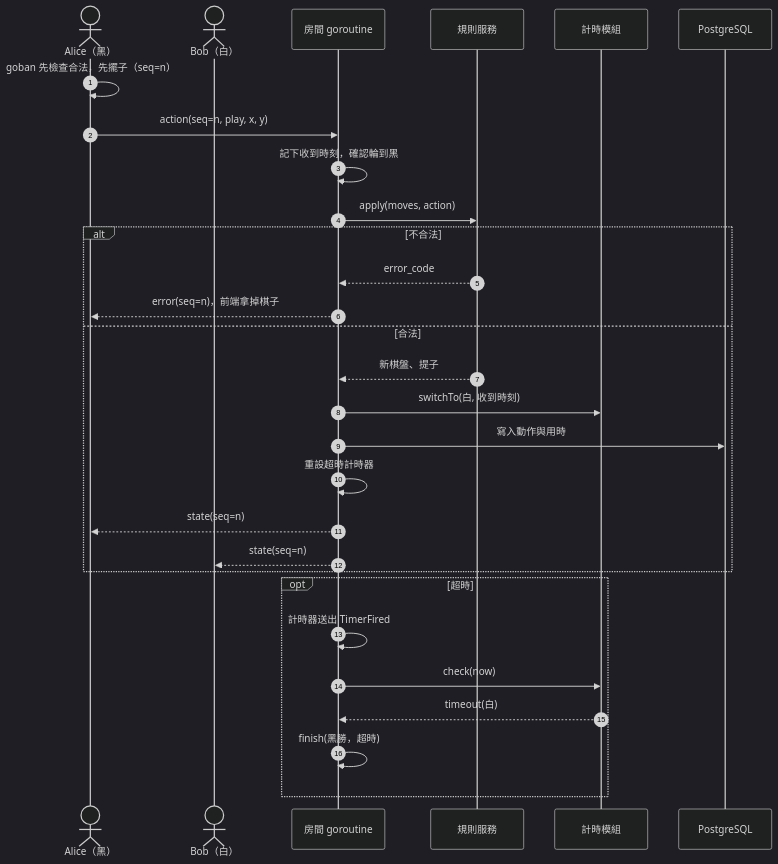
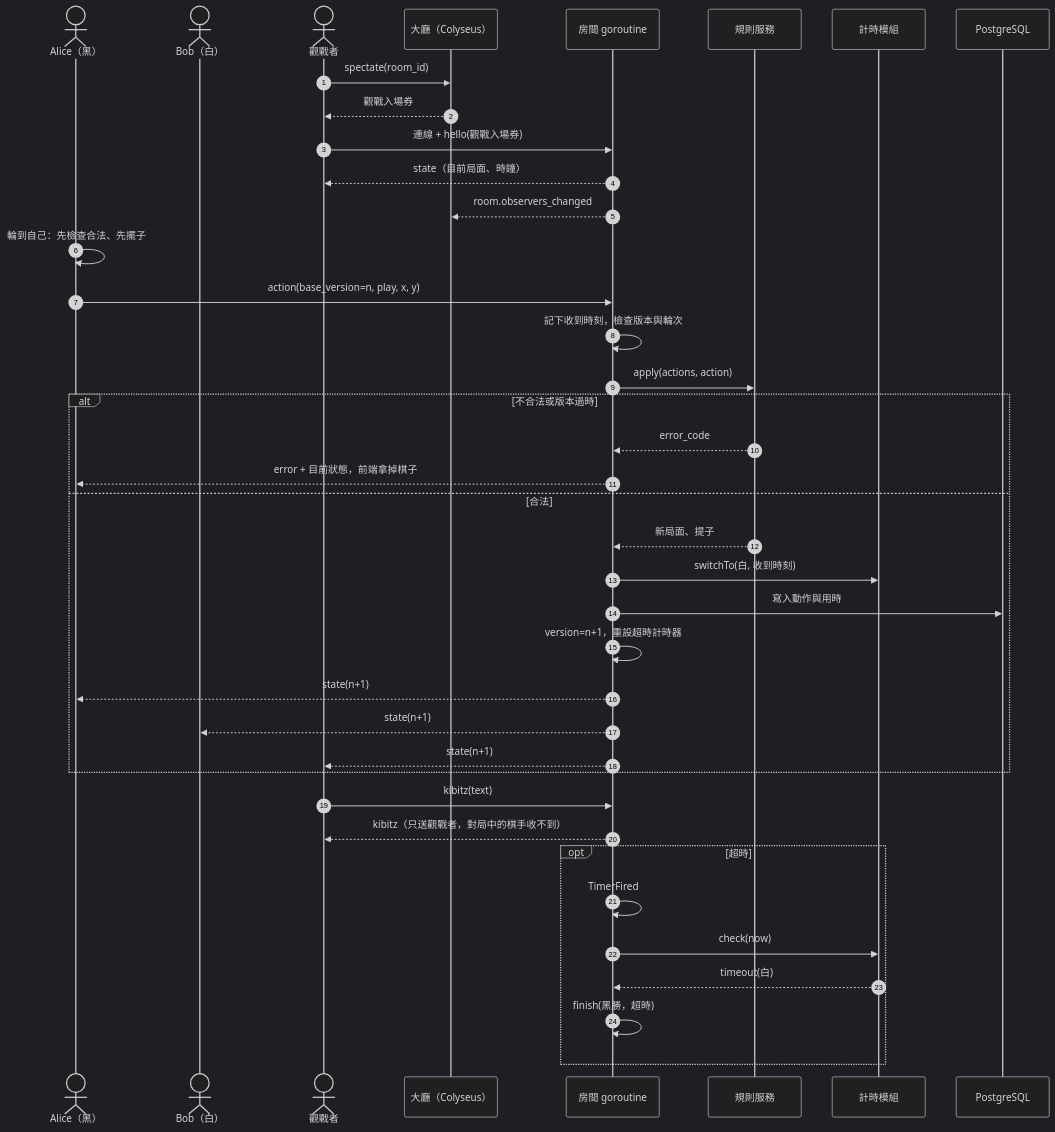
Before and after one commit to yshsu0918/yi-arena: the fourth of 5 diagrams in docs/arch2.md, drawn with Mermaid (dark theme). The commit also changed other lines of this file, not shown here.

First line of the commit message:
arch2: add spectating, open rooms, server versioning, full action log for rules service, attendance timeout, tickets and reconnect tokens

````diff
--- a/docs/arch2.md
+++ b/docs/arch2.md
@@ -190,33 +272,45 @@
 ```mermaid
 sequenceDiagram
   autonumber
   actor A as Alice（黑）
   actor B as Bob（白）
+  actor O as 觀戰者
+  participant L as 大廳（Colyseus）
   participant R as 房間 goroutine
   participant S as 規則服務
   participant C as 計時模組
   participant DB as PostgreSQL
 
-  A->>A: goban 先檢查合法，先擺子（seq=n）
-  A->>R: action(seq=n, play, x, y)
-  R->>R: 記下收到時刻，確認輪到黑
-  R->>S: apply(moves, action)
-  alt 不合法
+  O->>L: spectate(room_id)
+  L-->>O: 觀戰入場券
+  O->>R: 連線 + hello(觀戰入場券)
+  R-->>O: state（目前局面、時鐘）
+  R-->>L: room.observers_changed
+
+  A->>A: 輪到自己：先檢查合法、先擺子
+  A->>R: action(base_version=n, play, x, y)
+  R->>R: 記下收到時刻，檢查版本與輪次
+  R->>S: apply(actions, action)
+  alt 不合法或版本過時
     S-->>R: error_code
-    R-->>A: error(seq=n)，前端拿掉棋子
+    R-->>A: error + 目前狀態，前端拿掉棋子
   else 合法
-    S-->>R: 新棋盤、提子
+    S-->>R: 新局面、提子
     R->>C: switchTo(白, 收到時刻)
     R->>DB: 寫入動作與用時
-    R->>R: 重設超時計時器
-    R-->>A: state(seq=n)
-    R-->>B: state(seq=n)
+    R->>R: version=n+1，重設超時計時器
+    R-->>A: state(n+1)
+    R-->>B: state(n+1)
+    R-->>O: state(n+1)
   end
 
+  O->>R: kibitz(text)
+  R-->>O: kibitz（只送觀戰者，對局中的棋手收不到）
+
   opt 超時
-    R->>R: 計時器送出 TimerFired
+    R->>R: TimerFired
     R->>C: check(now)
     C-->>R: timeout(白)
     R->>R: finish(黑勝，超時)
   end
 ```
````
